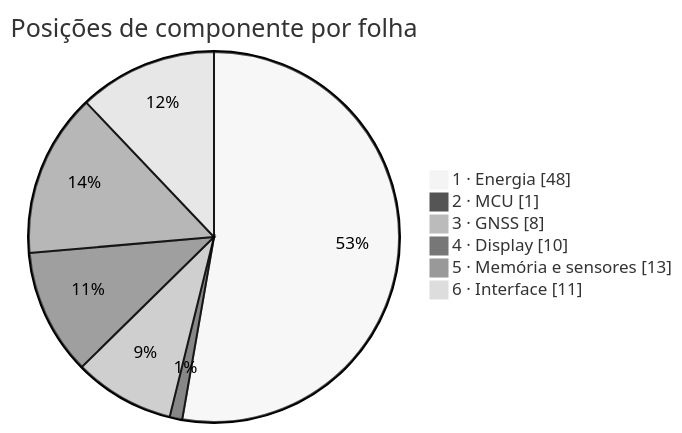
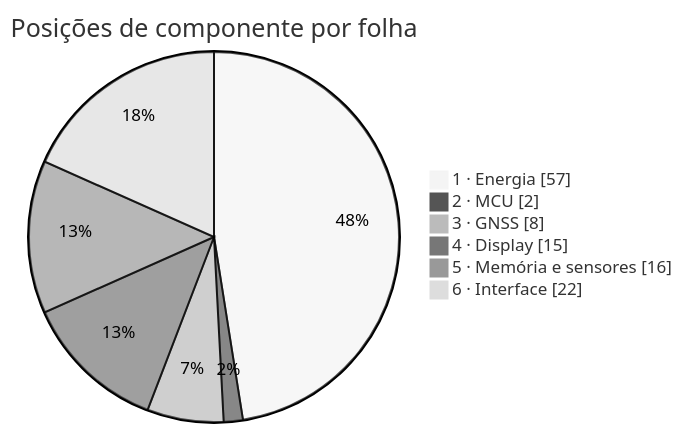
One commit to Guiimartinho/gnss-bike-computer changed the diagram in hardware_gnssbike/05-materiais.md. Above: the diagram before and after it, drawn with Mermaid (neutral theme). The commit also changed other lines of this file and 11 other files, not shown here.

First line of the commit message:
feat(hardware): finish the schematic, and the second dry-run that took it apart again

````diff
--- a/hardware_gnssbike/05-materiais.md
+++ b/hardware_gnssbike/05-materiais.md
@@ -227,10 +247,10 @@
 ```mermaid
 pie showData
     title Posições de componente por folha
-    "1 · Energia" : 48
-    "2 · MCU" : 1
+    "1 · Energia" : 57
+    "2 · MCU" : 2
     "3 · GNSS" : 8
-    "4 · Display" : 10
-    "5 · Memória e sensores" : 13
-    "6 · Interface" : 11
+    "4 · Display" : 15
+    "5 · Memória e sensores" : 16
+    "6 · Interface" : 22
 ```
````
